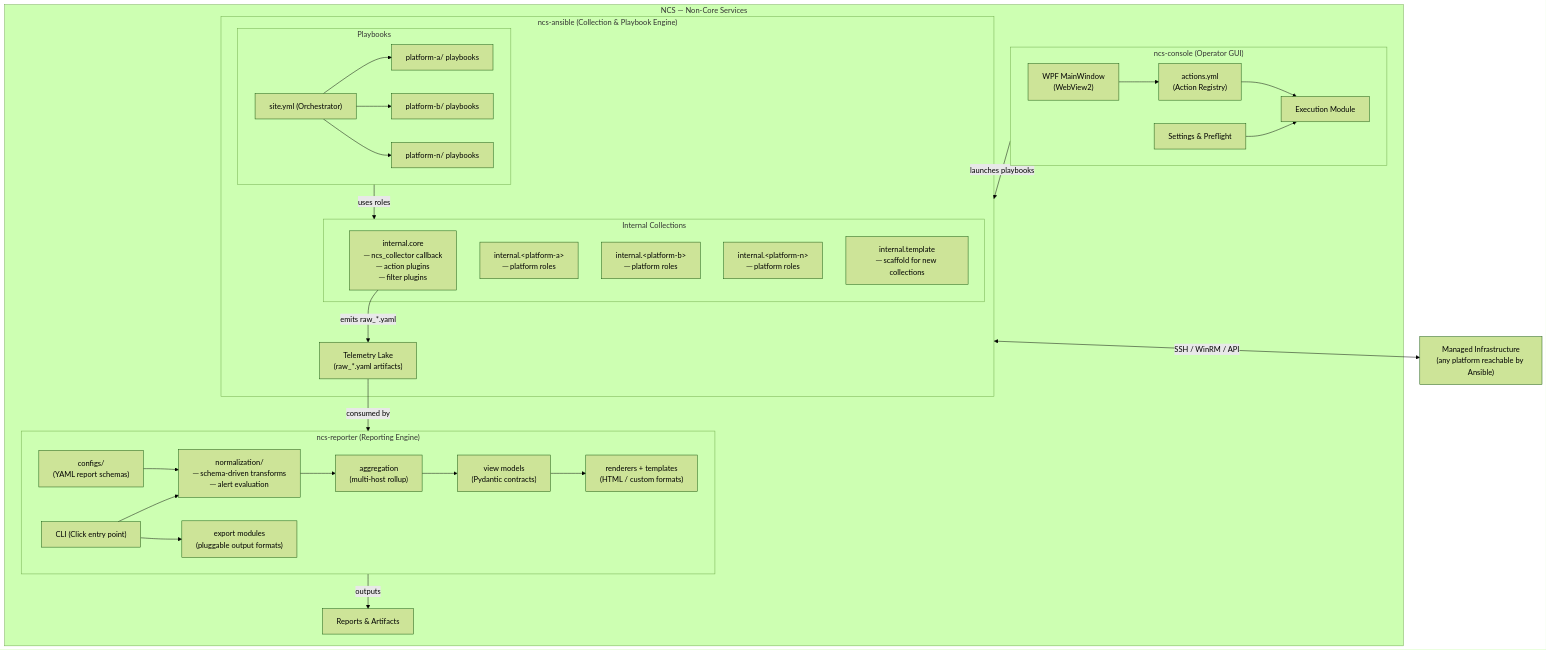
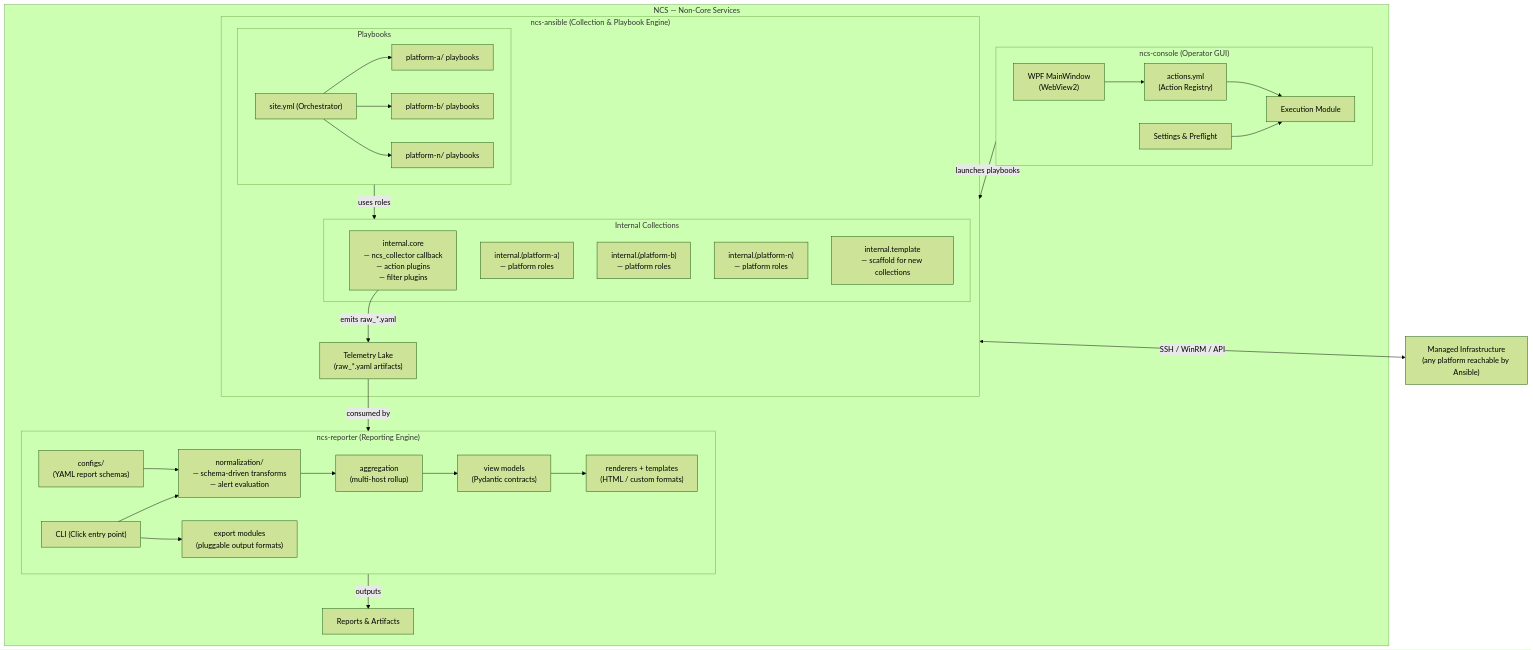
The diagram in docs/MERMAID_ARCH.md (josh-j/codex), drawn with Mermaid (forest theme) before and after one commit. The commit also changed 1 other file, not shown here.

Commit message:
docs: rename per-collection 'audit' to 'collect' and fix mermaid syntax
README: match the Stage 1 "Collect" terminology used elsewhere.
MERMAID_ARCH: replace HTML entities that mermaid 10.7 mis-parses
(&lt;/&gt; inside labels, unnecessary &lpar;/&rpar;/&amp;).

````diff
--- a/docs/MERMAID_ARCH.md
+++ b/docs/MERMAID_ARCH.md
@@ -3,57 +3,59 @@
 ```mermaid
 graph TB
     subgraph NCS["NCS — Non-Core Services"]
 
-        subgraph Console["ncs-console &lpar;Operator GUI&rpar;"]
-            WPF["WPF MainWindow<br/>&lpar;WebView2&rpar;"]
-            Actions["actions.yml<br/>&lpar;Action Registry&rpar;"]
-            Settings["Settings &amp; Preflight"]
+        subgraph Console["ncs-console (Operator GUI)"]
+            WPF["WPF MainWindow<br/>(WebView2)"]
+            Actions["actions.yml<br/>(Action Registry)"]
+            Settings["Settings & Preflight"]
             Execution["Execution Module"]
             WPF --> Actions
             Actions --> Execution
             Settings --> Execution
         end
 
-        subgraph Ansible["ncs-ansible &lpar;Collection &amp; Playbook Engine&rpar;"]
+        subgraph Ansible["ncs-ansible (Collection & Playbook Engine)"]
             subgraph Playbooks["Playbooks"]
-                Site["site.yml &lpar;Orchestrator&rpar;"]
+                Site["site.yml (Orchestrator)"]
                 PlatA["platform-a/ playbooks"]
                 PlatB["platform-b/ playbooks"]
                 PlatN["platform-n/ playbooks"]
-                Site --> PlatA & PlatB & PlatN
+                Site --> PlatA
+                Site --> PlatB
+                Site --> PlatN
             end
 
             subgraph Collections["Internal Collections"]
-                Core["internal.core<br/>─ ncs_collector callback<br/>─ action plugins<br/>─ filter plugins"]
-                CollA["internal.&lt;platform-a&gt;<br/>─ platform roles"]
-                CollB["internal.&lt;platform-b&gt;<br/>─ platform roles"]
-                CollN["internal.&lt;platform-n&gt;<br/>─ platform roles"]
-                TplColl["internal.template<br/>─ scaffold for new collections"]
+                Core["internal.core<br/>— ncs_collector callback<br/>— action plugins<br/>— filter plugins"]
+                CollA["internal.(platform-a)<br/>— platform roles"]
+                CollB["internal.(platform-b)<br/>— platform roles"]
+                CollN["internal.(platform-n)<br/>— platform roles"]
+                TplColl["internal.template<br/>— scaffold for new collections"]
             end
 
             Playbooks -->|"uses roles"| Collections
-            Core -->|"emits raw_*.yaml"| Artifacts["Telemetry Lake<br/>&lpar;raw_*.yaml artifacts&rpar;"]
+            Core -->|"emits raw_*.yaml"| Artifacts["Telemetry Lake<br/>(raw_*.yaml artifacts)"]
         end
 
-        subgraph Reporter["ncs-reporter &lpar;Reporting Engine&rpar;"]
-            CLI["CLI &lpar;Click entry point&rpar;"]
-            Configs["configs/<br/>&lpar;YAML report schemas&rpar;"]
-            Norm["normalization/<br/>─ schema-driven transforms<br/>─ alert evaluation"]
-            Agg["aggregation<br/>&lpar;multi-host rollup&rpar;"]
-            VM_["view models<br/>&lpar;Pydantic contracts&rpar;"]
-            Render["renderers + templates<br/>&lpar;HTML / custom formats&rpar;"]
-            Export["export modules<br/>&lpar;pluggable output formats&rpar;"]
+        subgraph Reporter["ncs-reporter (Reporting Engine)"]
+            CLI["CLI (Click entry point)"]
+            Configs["configs/<br/>(YAML report schemas)"]
+            Norm["normalization/<br/>— schema-driven transforms<br/>— alert evaluation"]
+            Agg["aggregation<br/>(multi-host rollup)"]
+            VM_["view models<br/>(Pydantic contracts)"]
+            Render["renderers + templates<br/>(HTML / custom formats)"]
+            Export["export modules<br/>(pluggable output formats)"]
 
             CLI --> Norm --> Agg --> VM_ --> Render
             CLI --> Export
             Configs --> Norm
         end
 
         Console -->|"launches playbooks"| Ansible
         Artifacts -->|"consumed by"| Reporter
-        Reporter -->|"outputs"| Reports["Reports &amp; Artifacts"]
+        Reporter -->|"outputs"| Reports["Reports & Artifacts"]
     end
 
-    Targets["Managed Infrastructure<br/>&lpar;any platform reachable by Ansible&rpar;"]
+    Targets["Managed Infrastructure<br/>(any platform reachable by Ansible)"]
     Ansible <-->|"SSH / WinRM / API"| Targets
 ```
````
